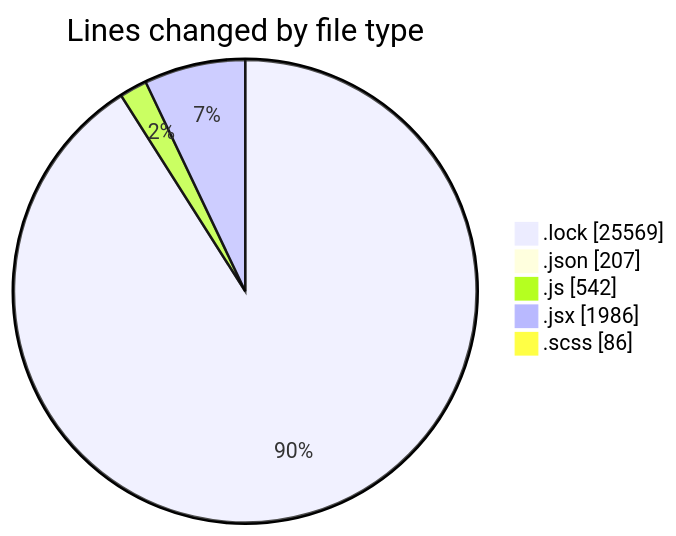
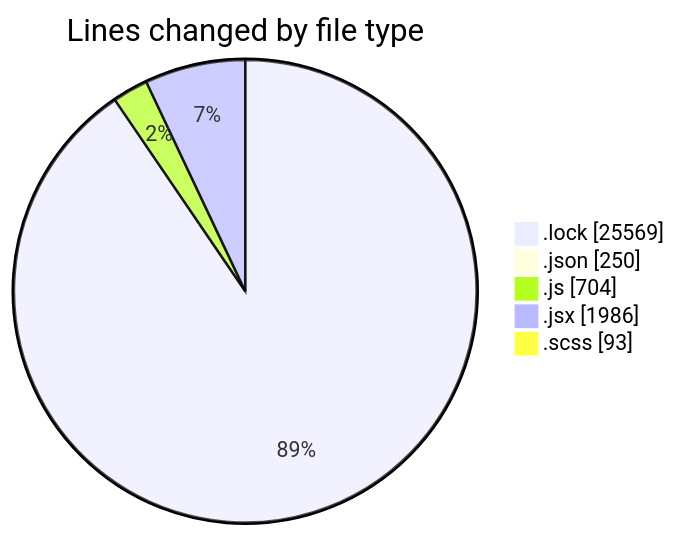
One commit to momahboobian/code-tracking changed the first of 2 diagrams in 2026-01-07/cda/README.md. Above: the diagram before and after it, drawn with Mermaid. The commit also changed other lines of this file and 1 other file, not shown here.

````diff
--- a/2026-01-07/cda/README.md
+++ b/2026-01-07/cda/README.md
@@ -38,9 +38,9 @@
 ```mermaid
 pie showData
 title Lines changed by file type
 ".lock" : 25569
-".json" : 207
-".js" : 542
+".json" : 250
+".js" : 704
 ".jsx" : 1986
-".scss" : 86
+".scss" : 93
 ```
````
